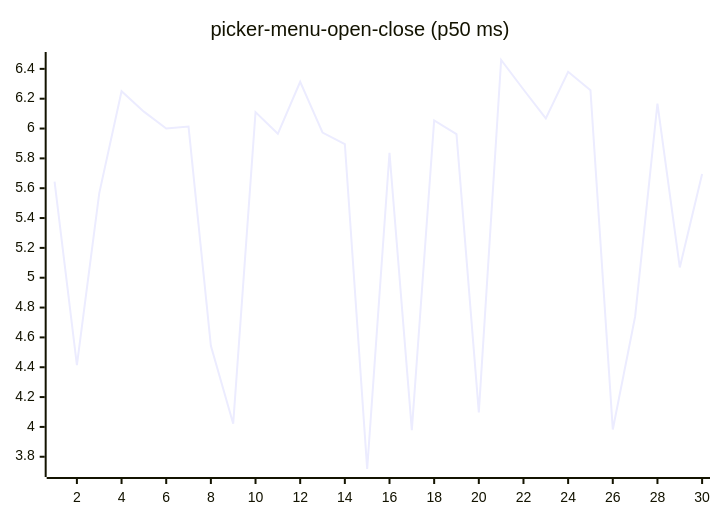
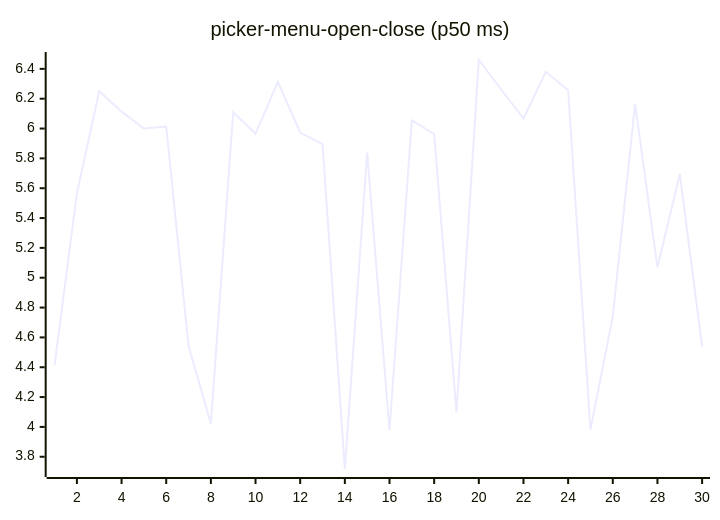
One commit to josha/Facet changed diagram 16 of 27 in README.md. Above: the diagram before and after it, drawn with Mermaid. The commit also changed other lines of this file and 2 other files, not shown here.

````diff
--- a/README.md
+++ b/README.md
@@ -168,6 +168,6 @@
 ```mermaid
 xychart-beta
     title "picker-menu-open-close (p50 ms)"
     x-axis 1 --> 30
-    line [5.6440, 4.4145, 5.5656, 6.2500, 6.1133, 6.0006, 6.0128, 4.5439, 4.0216, 6.1100, 5.9646, 6.3137, 5.9733, 5.8960, 3.7179, 5.8378, 3.9788, 6.0543, 5.9629, 4.0972, 6.4594, 6.2618, 6.0678, 6.3801, 6.2569, 3.9826, 4.7388, 6.1676, 5.0690, 5.6954]
+    line [4.4145, 5.5656, 6.2500, 6.1133, 6.0006, 6.0128, 4.5439, 4.0216, 6.1100, 5.9646, 6.3137, 5.9733, 5.8960, 3.7179, 5.8378, 3.9788, 6.0543, 5.9629, 4.0972, 6.4594, 6.2618, 6.0678, 6.3801, 6.2569, 3.9826, 4.7388, 6.1676, 5.0690, 5.6954, 4.5402]
 ```
````
